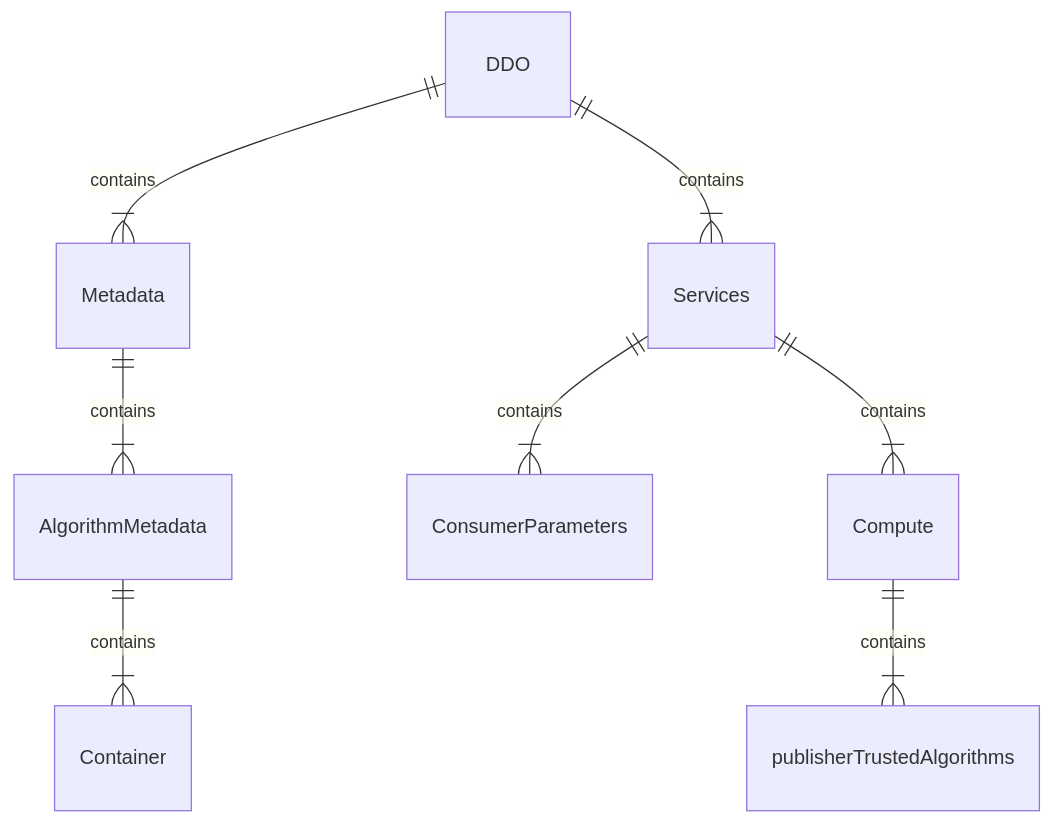
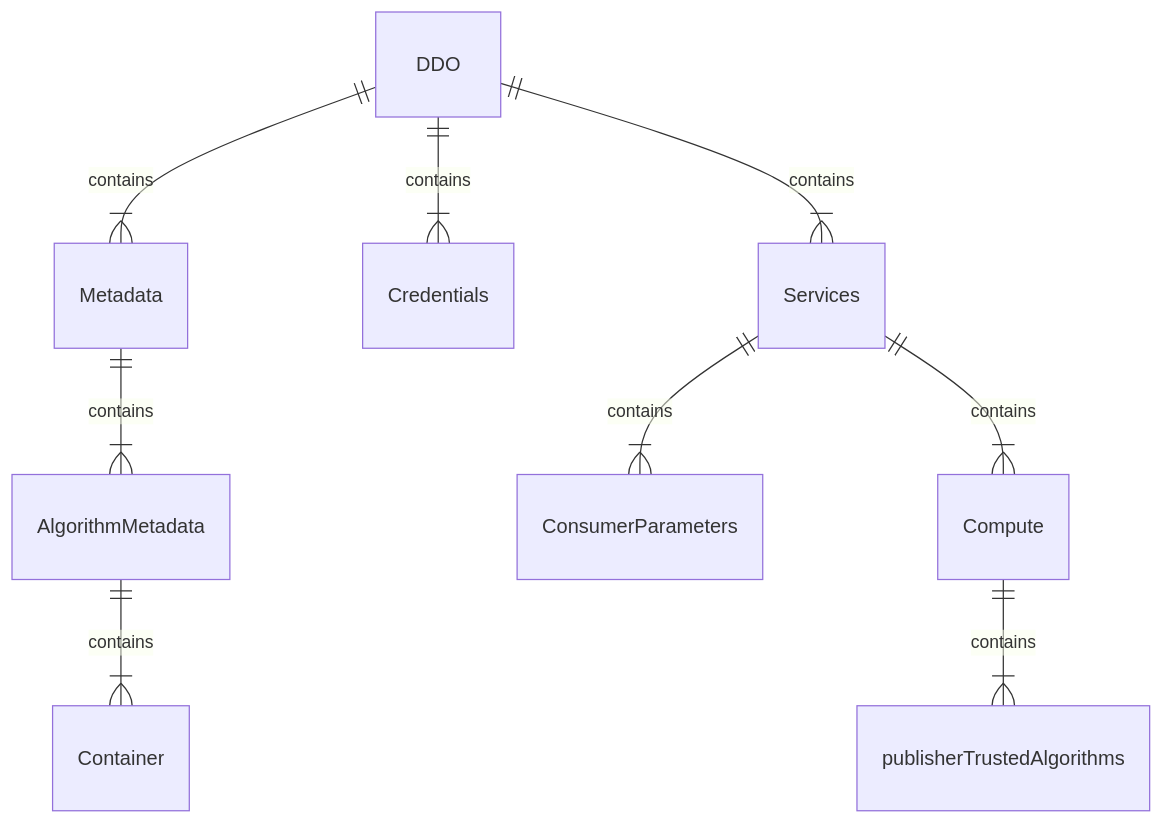
Before and after one commit to oceanprotocol/docs: the diagram in developers/ddo-specification.md, drawn with Mermaid.

Commit message:
GITBOOK-619: Add Credentials data to DDO diagram

````diff
--- a/developers/ddo-specification.md
+++ b/developers/ddo-specification.md
@@ -12,20 +12,22 @@
 ```mermaid
 erDiagram
 DDO
 Metadata
+Credentials
 Services
 Compute
 publisherTrustedAlgorithms
 ConsumerParameters
 AlgorithmMetadata
 Container
 DDO ||--|{Metadata : contains
+DDO ||--|{Credentials : contains
 DDO ||--|{Services : contains
 Metadata ||--|{AlgorithmMetadata : contains
 AlgorithmMetadata ||--|{Container : contains
 Compute ||--|{ publisherTrustedAlgorithms : contains
 Services ||--|{ Compute : contains
 Services ||--|{ ConsumerParameters : contains
  
  
 ```
````
